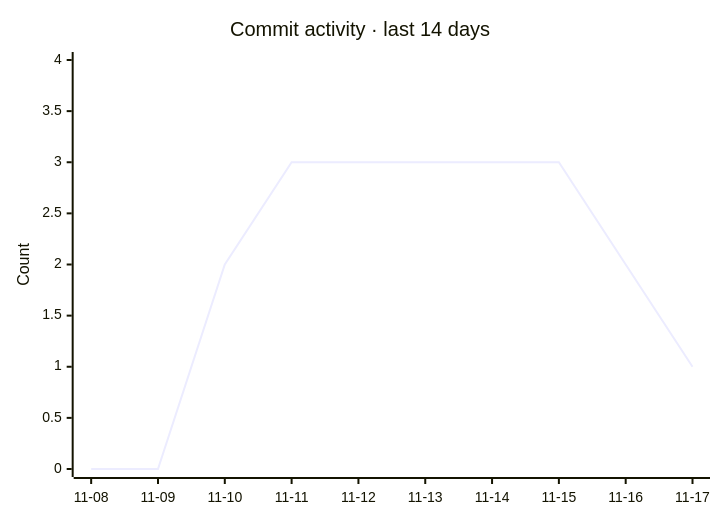
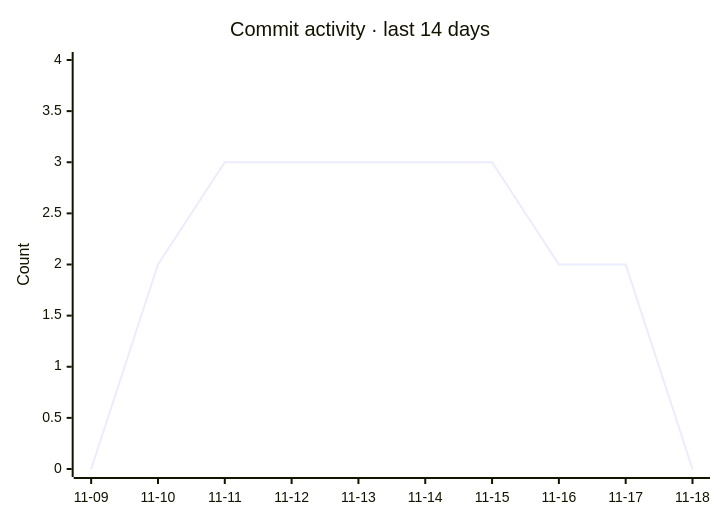
Before and after one commit to razzaqinspires/whiskay-bot: the second of 2 diagrams in README.md, drawn with Mermaid. The commit also changed other lines of this file and 2 other files, not shown here.

Commit message:
chore(metrics): refresh GitHub traffic and update timestamp [skip ci]

````diff
--- a/README.md
+++ b/README.md
@@ -329,7 +329,7 @@
 ```mermaid
 xychart-beta
     title "Commit activity · last 14 days"
-    x-axis ["11-08", "11-09", "11-10", "11-11", "11-12", "11-13", "11-14", "11-15", "11-16", "11-17"]
+    x-axis ["11-09", "11-10", "11-11", "11-12", "11-13", "11-14", "11-15", "11-16", "11-17", "11-18"]
     y-axis "Count" 0 --> 4
-    line [0, 0, 2, 3, 3, 3, 3, 3, 2, 1]
+    line [0, 2, 3, 3, 3, 3, 3, 2, 2, 0]
 ```
````
